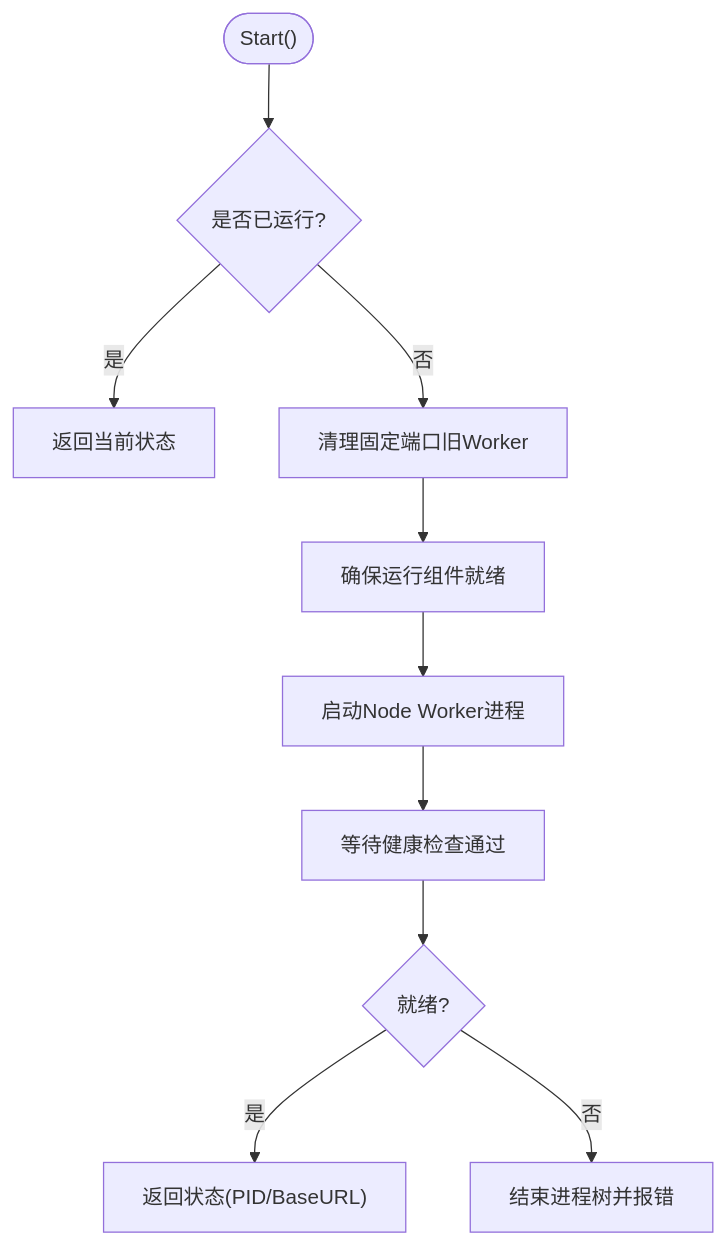
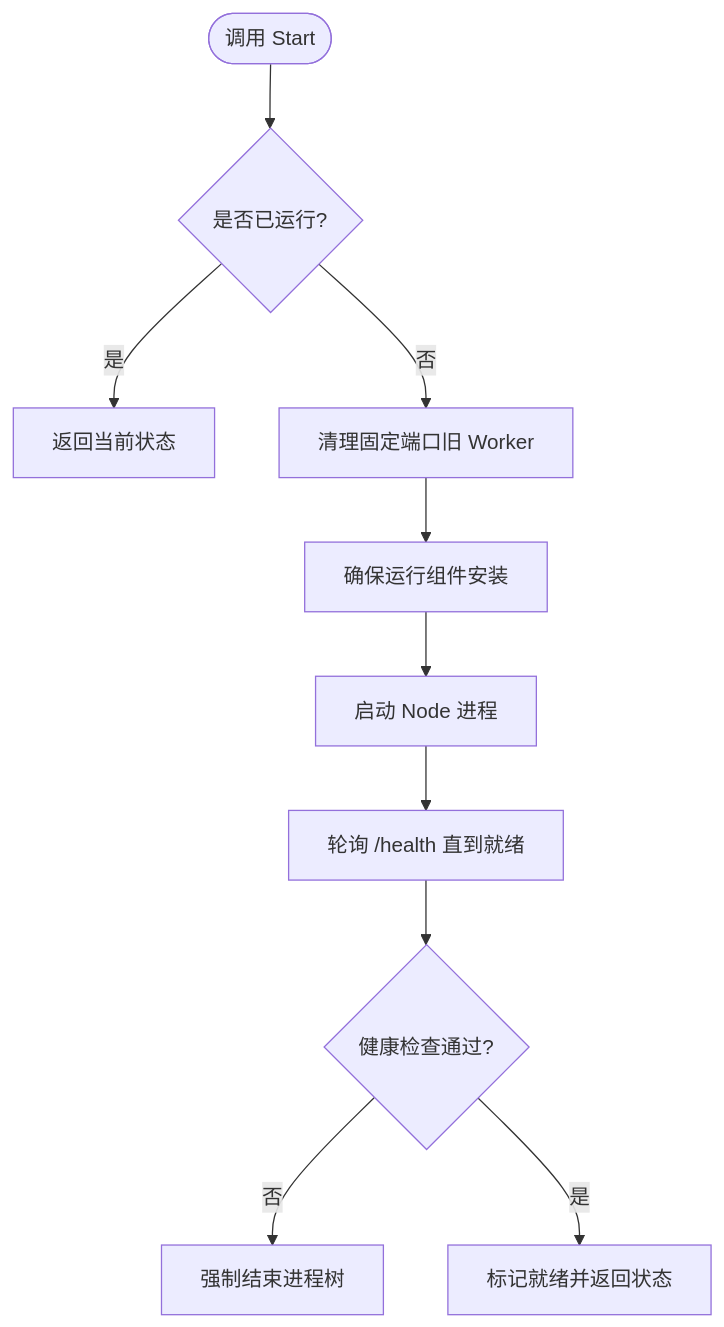
Before and after one commit to alvinwangzi/goodhr: the third of 6 diagrams in .qoder/repowiki/zh/content/本地执行器/浏览器自动化/Worker进程管理.md, drawn with Mermaid. The commit also changed other lines of this file and 149 other files, not shown here.

````diff
--- a/.qoder/repowiki/zh/content/本地执行器/浏览器自动化/Worker进程管理.md
+++ b/.qoder/repowiki/zh/content/本地执行器/浏览器自动化/Worker进程管理.md
@@ -114,12 +125,12 @@
 ```mermaid
 flowchart TD
-Start(["Start()"]) --> CheckRunning{"是否已运行?"}
+Start(["调用 Start"]) --> CheckRunning{"是否已运行?"}
 CheckRunning --> |是| ReturnStatus["返回当前状态"]
-CheckRunning --> |否| Cleanup["清理固定端口旧Worker"]
-Cleanup --> EnsureRuntime["确保运行组件就绪"]
-EnsureRuntime --> Spawn["启动Node Worker进程"]
-Spawn --> WaitReady["等待健康检查通过"]
-WaitReady --> Ready{"就绪?"}
-Ready --> |是| Done["返回状态(PID/BaseURL)"]
-Ready --> |否| KillTree["结束进程树并报错"]
+CheckRunning --> |否| Cleanup["清理固定端口旧 Worker"]
+Cleanup --> EnsureRuntime["确保运行组件安装"]
+EnsureRuntime --> LaunchNode["启动 Node 进程"]
+LaunchNode --> WaitHealth["轮询 /health 直到就绪"]
+WaitHealth --> HealthOK{"健康检查通过?"}
+HealthOK --> |否| KillTree["强制结束进程树"]
+HealthOK --> |是| Ready["标记就绪并返回状态"]
 ```
````
